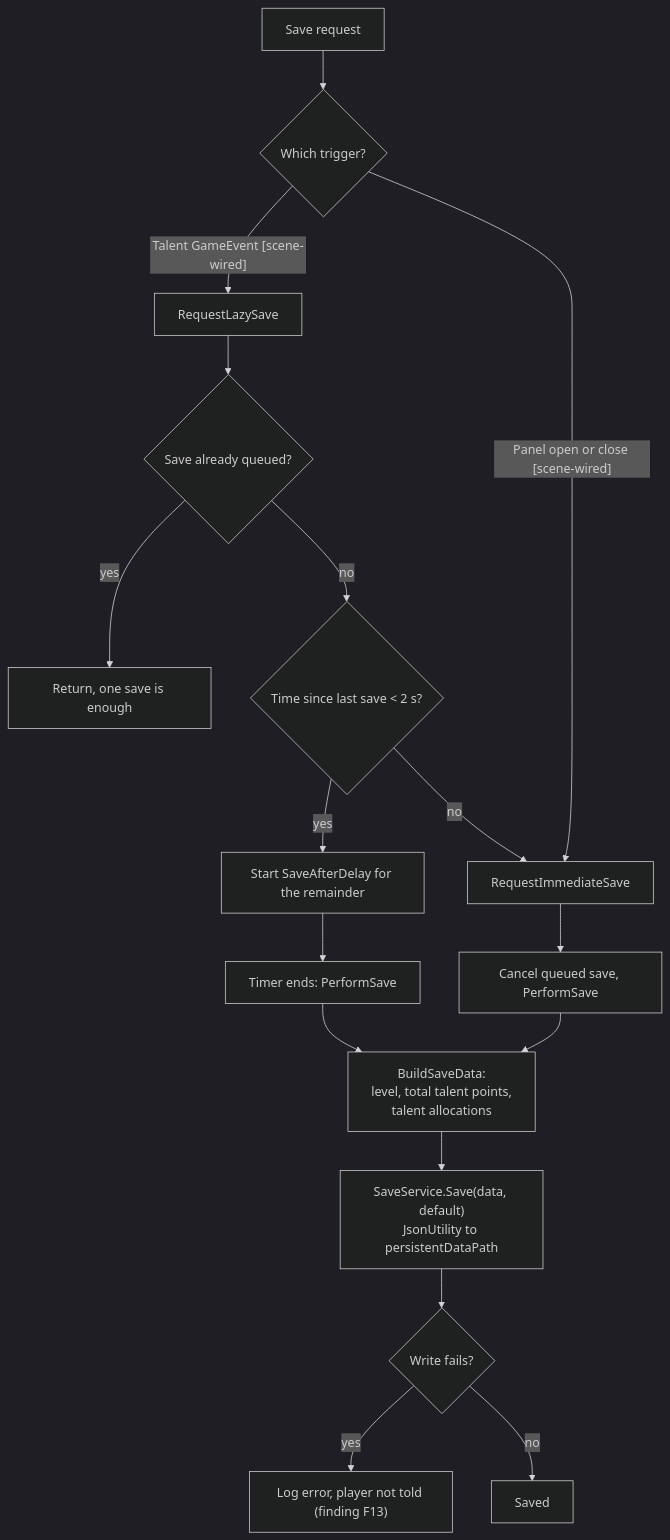
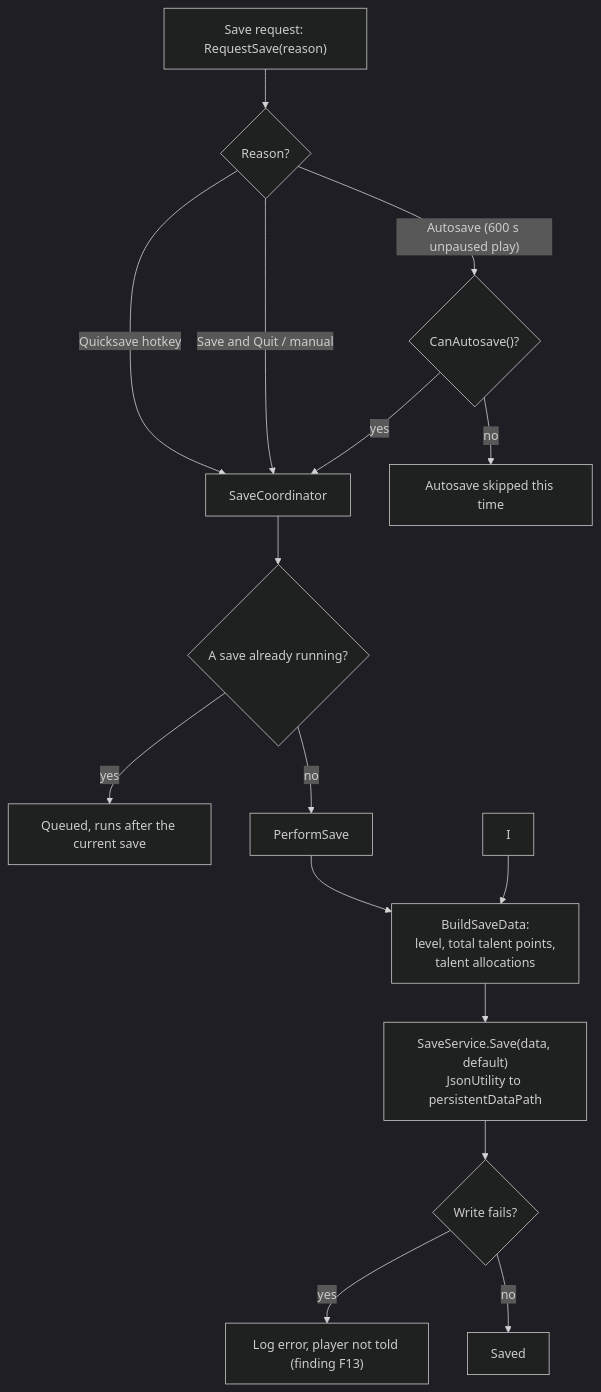
One commit to Relativ9/Sol changed diagram 16 of 17 in Docs/DECISION_TREES.md. Above: the diagram before and after it, drawn with Mermaid (dark theme). The commit also changed other lines of this file and 29 other files, not shown here.

````diff
--- a/Docs/DECISION_TREES.md
+++ b/Docs/DECISION_TREES.md
@@ -284,19 +302,18 @@
 ```mermaid
 flowchart TD
-  A["Save request"] --> B{"Which trigger?"}
-  B -- "Talent GameEvent [scene-wired]" --> C["RequestLazySave"]
-  B -- "Panel open or close [scene-wired]" --> D["RequestImmediateSave"]
-  C --> E{"Save already queued?"}
-  E -- yes --> X1["Return, one save is enough"]
-  E -- no --> F{"Time since last save < 2 s?"}
-  F -- yes --> G["Start SaveAfterDelay for the remainder"]
-  F -- no --> D
-  G --> H["Timer ends: PerformSave"]
-  D --> I["Cancel queued save, PerformSave"]
+  A["Save request: RequestSave(reason)"] --> B{"Reason?"}
+  B -- "Quicksave hotkey" --> C["SaveCoordinator"]
+  B -- "Autosave (600 s unpaused play)" --> D{"CanAutosave()?"}
+  B -- "Save and Quit / manual" --> C
+  D -- no --> X1["Autosave skipped this time"]
+  D -- yes --> C
+  C --> E{"A save already running?"}
+  E -- yes --> X2["Queued, runs after the current save"]
+  E -- no --> H["PerformSave"]
   H --> J["BuildSaveData:\nlevel, total talent points,\ntalent allocations"]
   I --> J
   J --> K["SaveService.Save(data, default)\nJsonUtility to persistentDataPath"]
   K --> L{"Write fails?"}
   L -- yes --> M["Log error, player not told (finding F13)"]
   L -- no --> N["Saved"]
 ```
````
